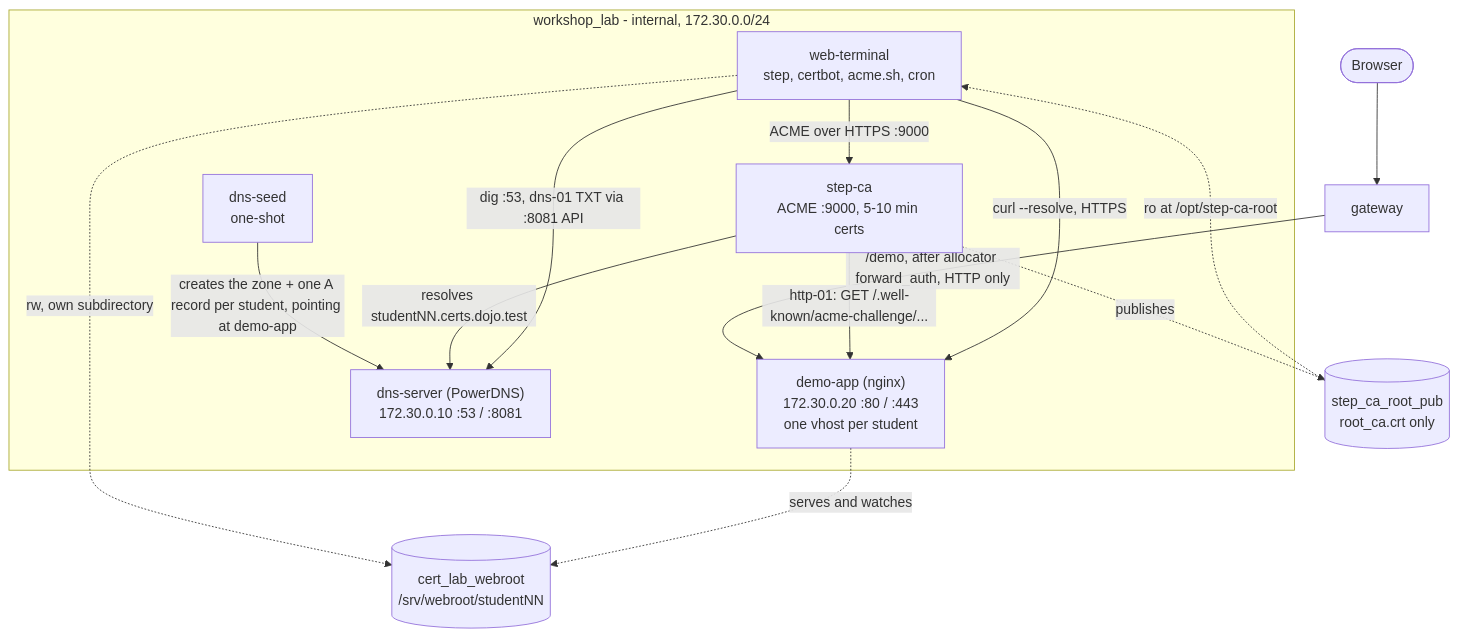
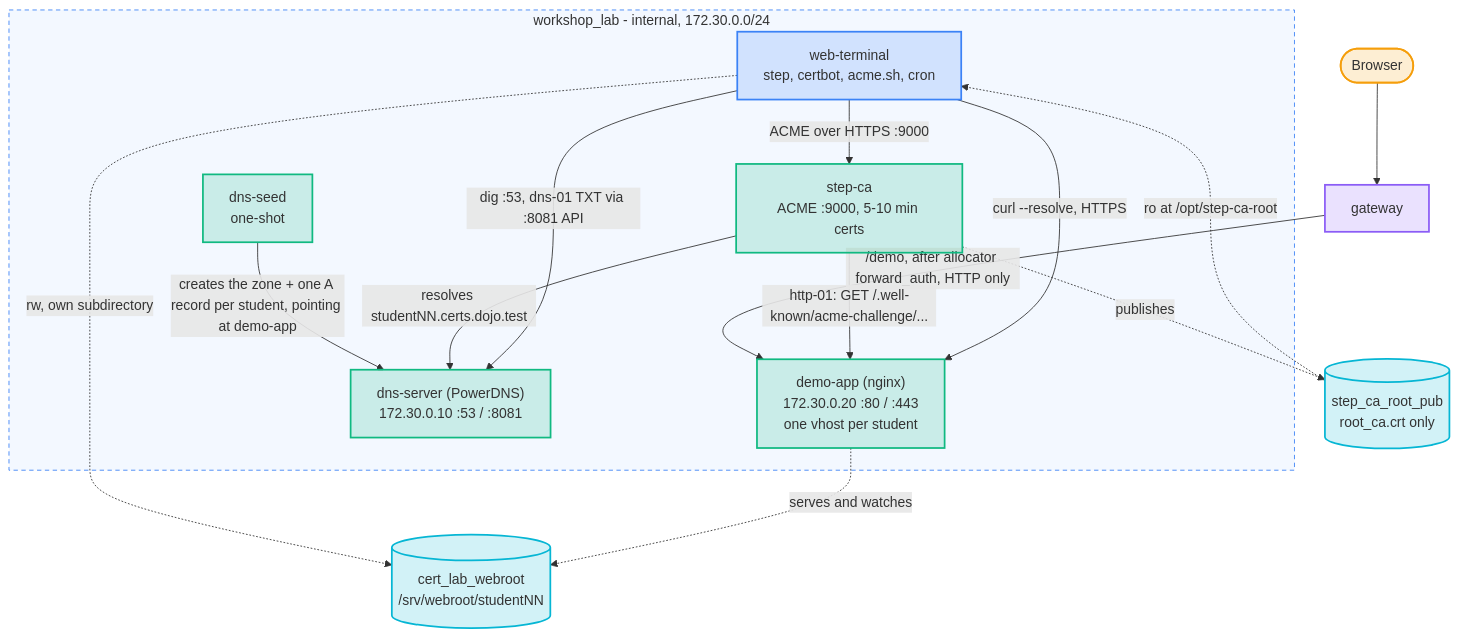
Before and after one commit to fiddler110/GitOps_Dojo: the seventh of 11 diagrams in README.md, drawn with Mermaid. The commit also changed other lines of this file, not shown here.

First line of the commit message:
Colour the README diagrams by role

````diff
--- a/README.md
+++ b/README.md
@@ -367,27 +430,39 @@
 ```mermaid
 graph TB
     Browser(["Browser"]) --> GW["gateway"]
     GW -->|"/demo, after allocator forward_auth, HTTP only"| APP
 
     subgraph lab["workshop_lab - internal, 172.30.0.0/24"]
         WT["web-terminal<br/>step, certbot, acme.sh, cron"]
         CA["step-ca<br/>ACME :9000, 5-10 min certs"]
         APP["demo-app (nginx)<br/>172.30.0.20 :80 / :443<br/>one vhost per student"]
         DNS["dns-server (PowerDNS)<br/>172.30.0.10 :53 / :8081"]
         SEED["dns-seed<br/>one-shot"]
     end
 
     WEB[("cert_lab_webroot<br/>/srv/webroot/studentNN")]
     ROOT[("step_ca_root_pub<br/>root_ca.crt only")]
 
     SEED -->|"creates the zone + one A record per student, pointing at demo-app"| DNS
     WT -->|"ACME over HTTPS :9000"| CA
     CA -->|"resolves studentNN.certs.dojo.test"| DNS
     CA -->|"http-01: GET /.well-known/acme-challenge/..."| APP
     WT -->|"dig :53, dns-01 TXT via :8081 API"| DNS
     WT -->|"curl --resolve, HTTPS"| APP
     WT -.->|"rw, own subdirectory"| WEB
     APP -.->|"serves and watches"| WEB
     CA -.->|"publishes"| ROOT
     ROOT -.->|"ro at /opt/step-ca-root"| WT
+
+    classDef addon fill:#10b9812e,stroke:#10b981,stroke-width:2px
+    classDef core fill:#3b82f62e,stroke:#3b82f6,stroke-width:2px
+    classDef gw fill:#8b5cf62e,stroke:#8b5cf6,stroke-width:2px
+    classDef person fill:#f59e0b2e,stroke:#f59e0b,stroke-width:2px
+    classDef store fill:#06b6d42e,stroke:#06b6d4,stroke-width:2px
+    class CA,APP,DNS,SEED addon
+    class WT core
+    class GW gw
+    class Browser person
+    class WEB,ROOT store
+    style lab fill:#3b82f60f,stroke:#3b82f6,stroke-width:1px,stroke-dasharray:5 4
 ```
````
